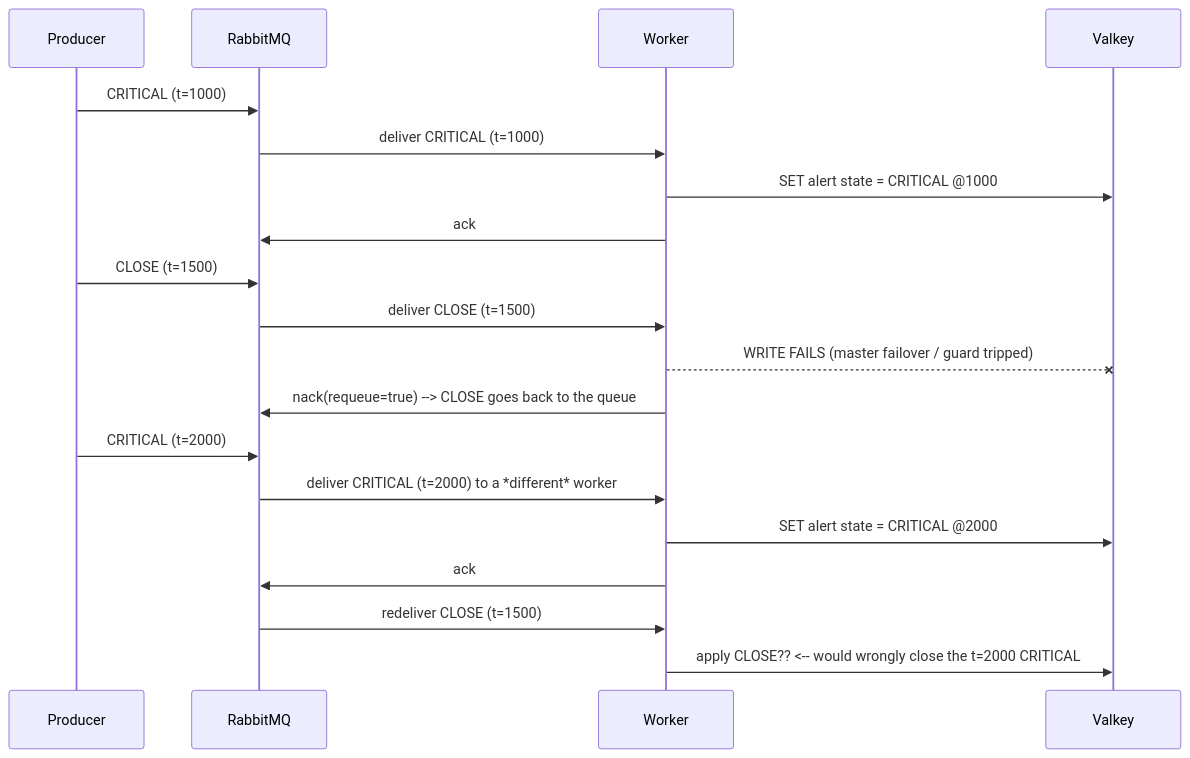
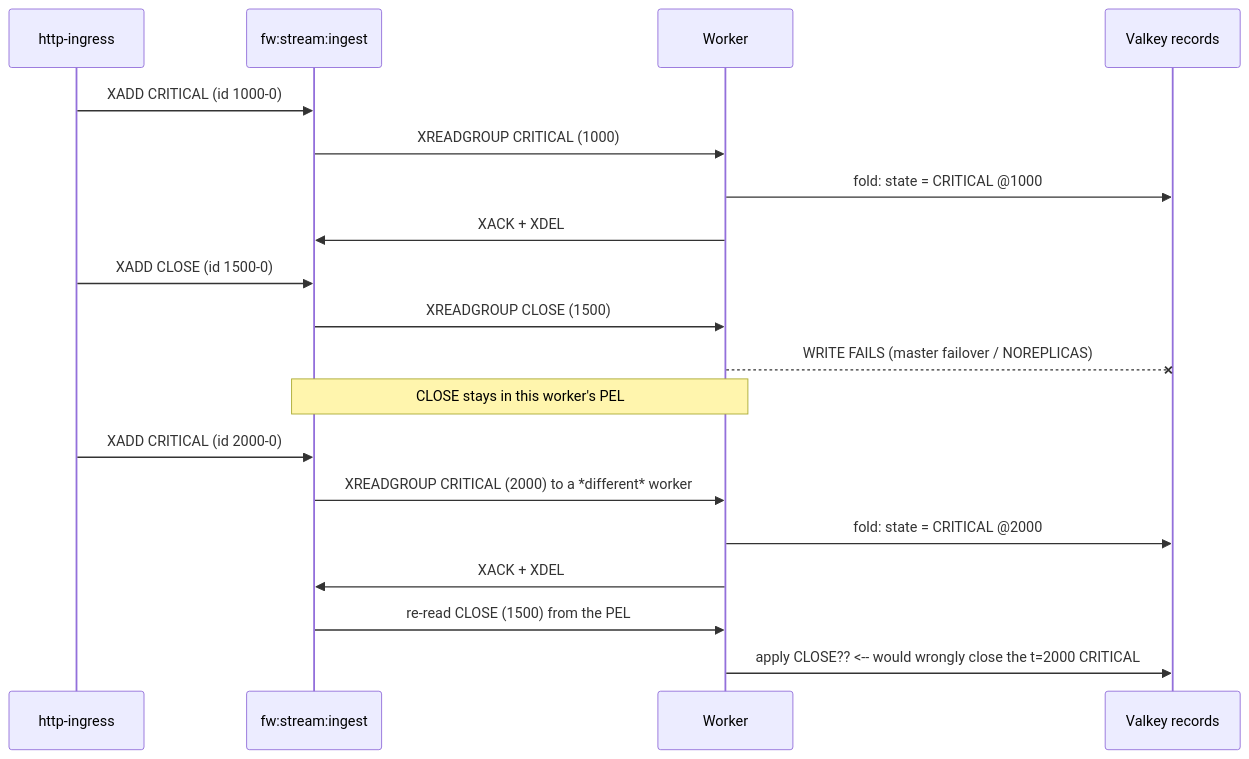
One commit to cucumberone/fire-watch changed the diagram in docs/event-lifecycle.md. Above: the diagram before and after it, drawn with Mermaid. The commit also changed other lines of this file and 85 other files, not shown here.

````diff
--- a/docs/event-lifecycle.md
+++ b/docs/event-lifecycle.md
@@ -74,25 +77,25 @@
 ```mermaid
 sequenceDiagram
-  participant P as Producer
-  participant RMQ as RabbitMQ
+  participant P as http-ingress
+  participant ST as fw:stream:ingest
   participant W as Worker
-  participant DF as Valkey
+  participant DF as Valkey records
 
-  P->>RMQ: CRITICAL (t=1000)
-  RMQ->>W: deliver CRITICAL (t=1000)
-  W->>DF: SET alert state = CRITICAL @1000
-  W->>RMQ: ack
+  P->>ST: XADD CRITICAL (id 1000-0)
+  ST->>W: XREADGROUP CRITICAL (1000)
+  W->>DF: fold: state = CRITICAL @1000
+  W->>ST: XACK + XDEL
 
-  P->>RMQ: CLOSE (t=1500)
-  RMQ->>W: deliver CLOSE (t=1500)
-  W--xDF: WRITE FAILS (master failover / guard tripped)
-  W->>RMQ: nack(requeue=true)  --> CLOSE goes back to the queue
+  P->>ST: XADD CLOSE (id 1500-0)
+  ST->>W: XREADGROUP CLOSE (1500)
+  W--xDF: WRITE FAILS (master failover / NOREPLICAS)
+  Note over W,ST: CLOSE stays in this worker's PEL
 
-  P->>RMQ: CRITICAL (t=2000)
-  RMQ->>W: deliver CRITICAL (t=2000) to a *different* worker
-  W->>DF: SET alert state = CRITICAL @2000
-  W->>RMQ: ack
+  P->>ST: XADD CRITICAL (id 2000-0)
+  ST->>W: XREADGROUP CRITICAL (2000) to a *different* worker
+  W->>DF: fold: state = CRITICAL @2000
+  W->>ST: XACK + XDEL
 
-  RMQ->>W: redeliver CLOSE (t=1500)
+  ST->>W: re-read CLOSE (1500) from the PEL
   W->>DF: apply CLOSE??  <-- would wrongly close the t=2000 CRITICAL
 ```
````
